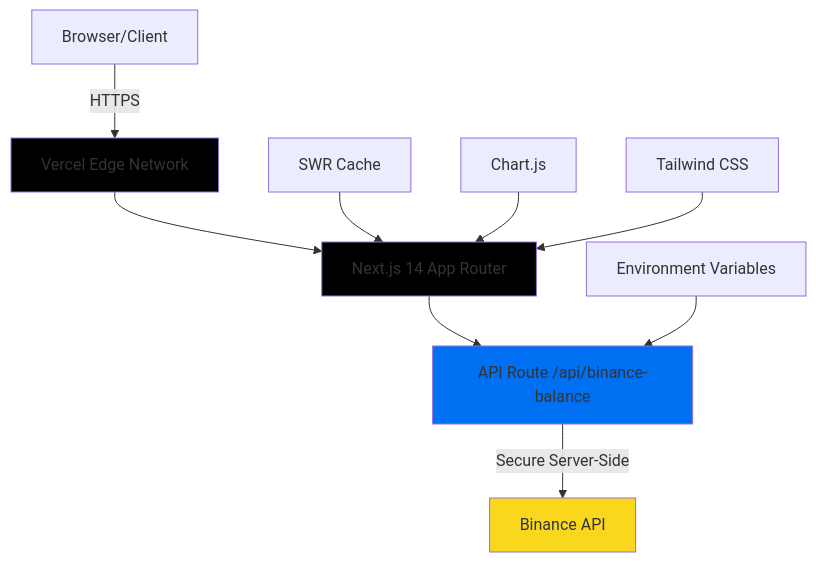
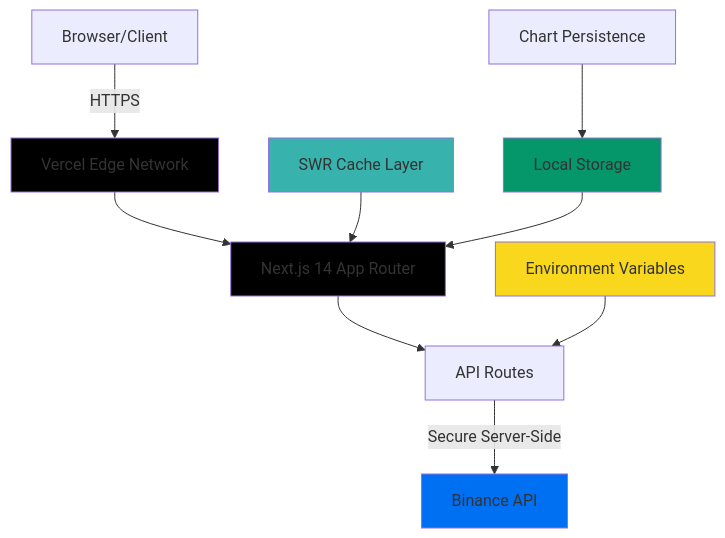
Before and after one commit to Gzeu/binance-crypto-dashboard: the diagram in README.md, drawn with Mermaid. The commit also changed other lines of this file, not shown here.

````diff
--- a/README.md
+++ b/README.md
@@ -24,17 +38,19 @@
 ```mermaid
 graph TB
     A[Browser/Client] -->|HTTPS| B[Vercel Edge Network]
     B --> C[Next.js 14 App Router]
-    C --> D[API Route /api/binance-balance]
+    C --> D[API Routes]
     D -->|Secure Server-Side| E[Binance API]
     
     F[Environment Variables] --> D
-    G[SWR Cache] --> C
-    H[Chart.js] --> C
-    I[Tailwind CSS] --> C
+    G[SWR Cache Layer] --> C
+    H[Local Storage] --> C
+    I[Chart Persistence] --> H
     
-    style E fill:#f9d71c
-    style D fill:#0070f3
+    style E fill:#0070f3
     style C fill:#000
     style B fill:#000
+    style F fill:#f9d71c
+    style G fill:#38B2AC
+    style H fill:#059669
 ```
````
